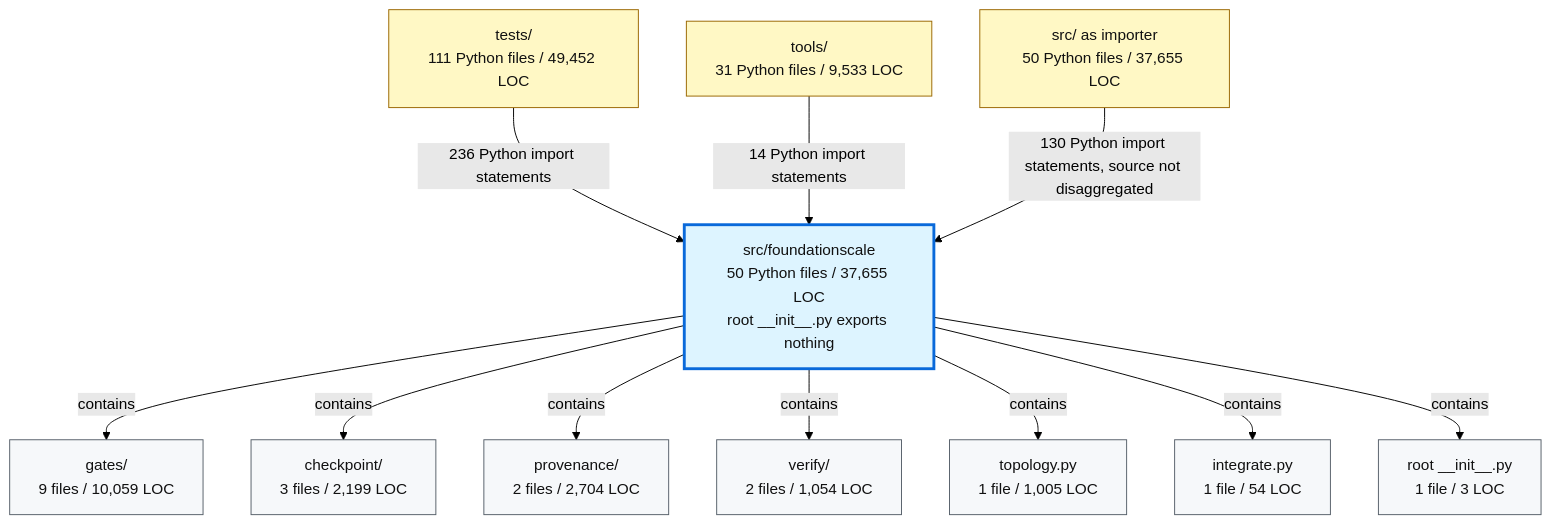
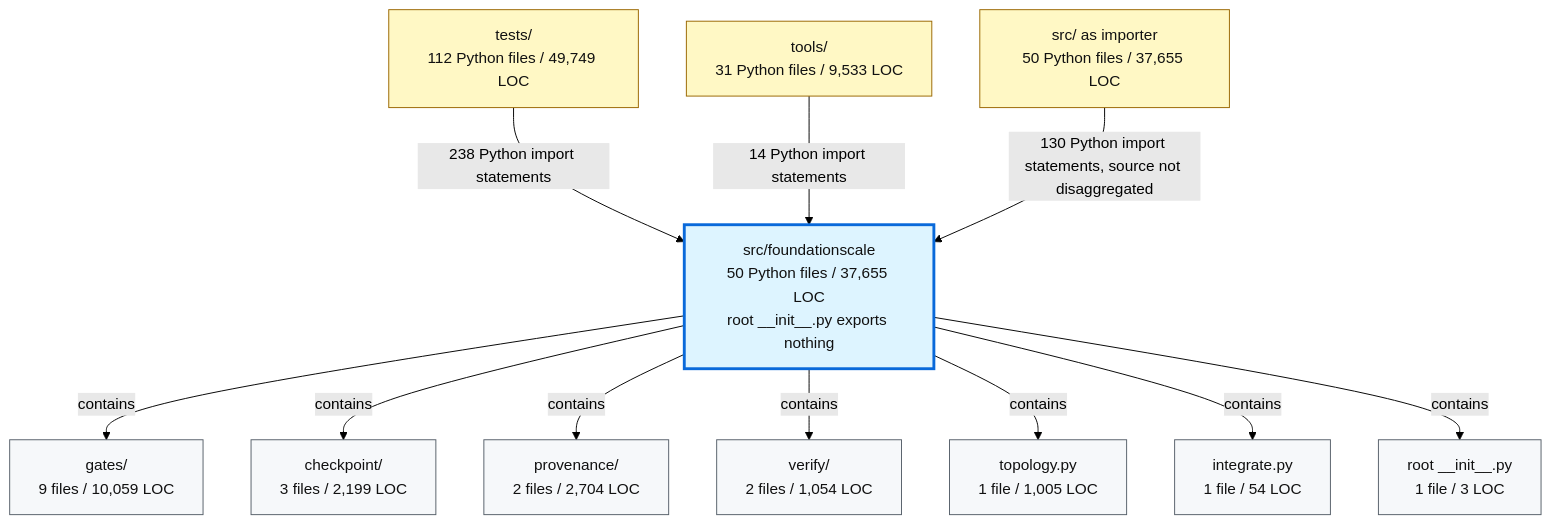
Before and after one commit to TranNhiem/FoundationScale: the second of 2 diagrams in docs/review/D2_current_architecture.md, drawn with Mermaid (forest theme). The commit also changed 7 other files, not shown here.

````diff
--- a/docs/review/D2_current_architecture.md
+++ b/docs/review/D2_current_architecture.md
@@ -97,36 +97,36 @@
 ```mermaid
 flowchart TB
-  TESTS["tests/<br/>111 Python files / 49,452 LOC"]
+  TESTS["tests/<br/>112 Python files / 49,749 LOC"]
   TOOLS["tools/<br/>31 Python files / 9,533 LOC"]
   SRC["src/ as importer<br/>50 Python files / 37,655 LOC"]
 
   FS["src/foundationscale<br/>50 Python files / 37,655 LOC<br/>root __init__.py exports nothing"]
 
   GATES["gates/<br/>9 files / 10,059 LOC"]
   CKPT["checkpoint/<br/>3 files / 2,199 LOC"]
   PROV["provenance/<br/>2 files / 2,704 LOC"]
   VERIFY["verify/<br/>2 files / 1,054 LOC"]
   TOPO["topology.py<br/>1 file / 1,005 LOC"]
   INTEG["integrate.py<br/>1 file / 54 LOC"]
   ROOT["root __init__.py<br/>1 file / 3 LOC"]
 
-  TESTS -->|"236 Python import statements"| FS
+  TESTS -->|"238 Python import statements"| FS
   TOOLS -->|"14 Python import statements"| FS
   SRC -->|"130 Python import statements, source not disaggregated"| FS
 
   FS -->|"contains"| GATES
   FS -->|"contains"| CKPT
   FS -->|"contains"| PROV
   FS -->|"contains"| VERIFY
   FS -->|"contains"| TOPO
   FS -->|"contains"| INTEG
   FS -->|"contains"| ROOT
 
   classDef consumer fill:#fff8c5,stroke:#9a6700,color:#111;
   classDef package fill:#ddf4ff,stroke:#0969da,stroke-width:3px,color:#111;
   classDef module fill:#f6f8fa,stroke:#57606a,color:#111;
 
   class TESTS,TOOLS,SRC consumer;
   class FS package;
   class GATES,CKPT,PROV,VERIFY,TOPO,INTEG,ROOT module;
 ```
````
